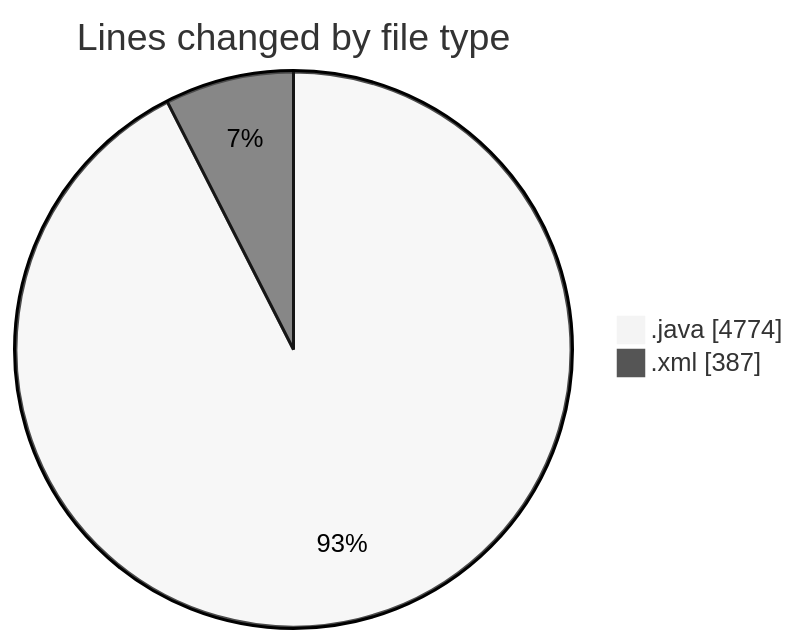
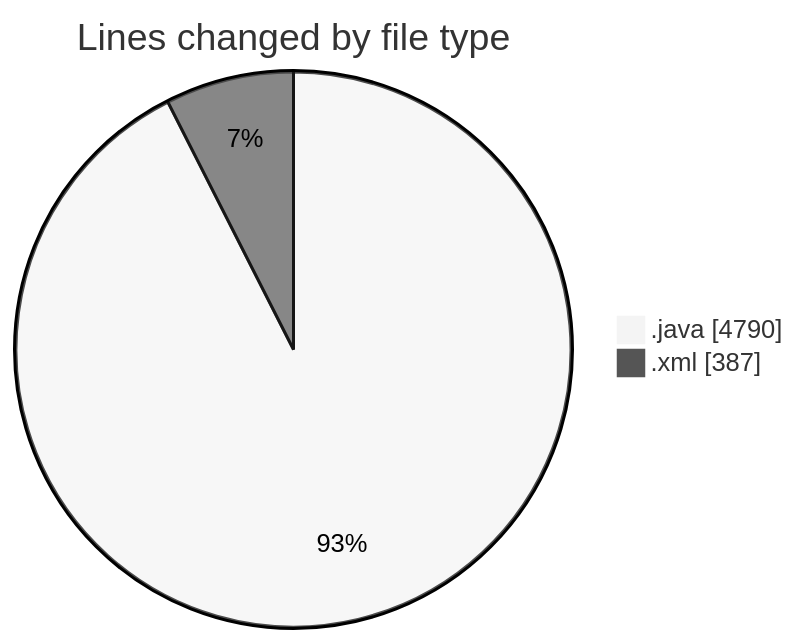
The first of 2 diagrams in 2025-05-01/jmasm/README.md (charlie-sans/code-tracking), drawn with Mermaid (neutral theme) before and after one commit. The commit also changed other lines of this file and 1 other file, not shown here.

````diff
--- a/2025-05-01/jmasm/README.md
+++ b/2025-05-01/jmasm/README.md
@@ -30,6 +30,6 @@
 ```mermaid
 pie showData
 title Lines changed by file type
-".java" : 4774
+".java" : 4790
 ".xml" : 387
 ```
````
